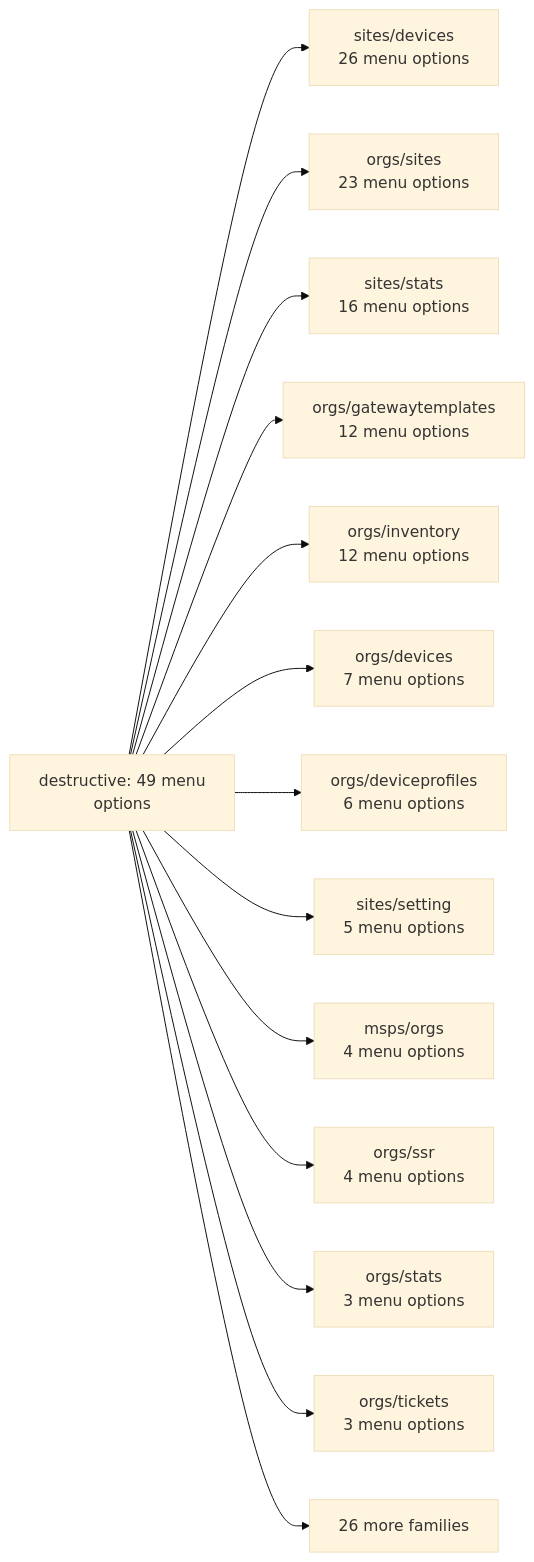
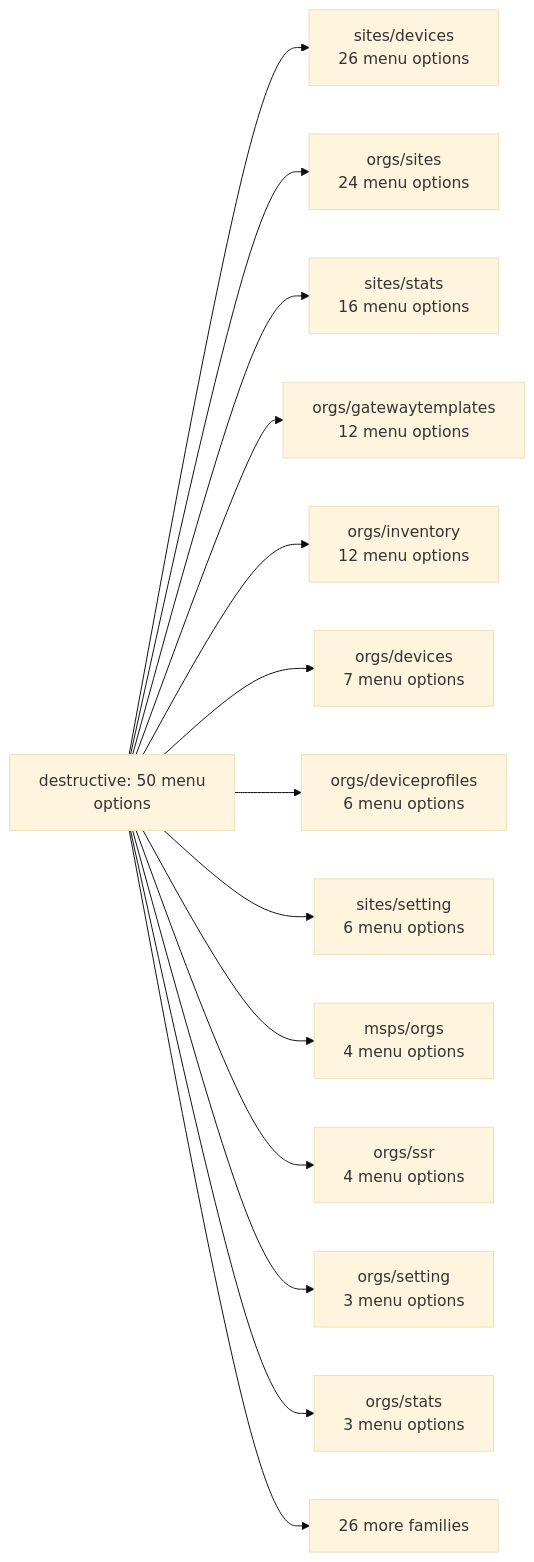
Before and after one commit to jmorrison-juniper/MistHelper: the first of 33 diagrams in documentation/menu-api/destructive.md, drawn with Mermaid (base theme). The commit also changed other lines of this file and 59 other files, not shown here.

````diff
--- a/documentation/menu-api/destructive.md
+++ b/documentation/menu-api/destructive.md
@@ -19,17 +19,17 @@
 ```mermaid
 flowchart LR
-    root["destructive: 49 menu<br/>options"]
+    root["destructive: 50 menu<br/>options"]
     root --> f_sites_devices["sites/devices<br/>26 menu options"]
-    root --> f_orgs_sites["orgs/sites<br/>23 menu options"]
+    root --> f_orgs_sites["orgs/sites<br/>24 menu options"]
     root --> f_sites_stats["sites/stats<br/>16 menu options"]
     root --> f_orgs_gatewaytemplates["orgs/gatewaytemplates<br/>12 menu options"]
     root --> f_orgs_inventory["orgs/inventory<br/>12 menu options"]
     root --> f_orgs_devices["orgs/devices<br/>7 menu options"]
     root --> f_orgs_deviceprofiles["orgs/deviceprofiles<br/>6 menu options"]
-    root --> f_sites_setting["sites/setting<br/>5 menu options"]
+    root --> f_sites_setting["sites/setting<br/>6 menu options"]
     root --> f_msps_orgs["msps/orgs<br/>4 menu options"]
     root --> f_orgs_ssr["orgs/ssr<br/>4 menu options"]
+    root --> f_orgs_setting["orgs/setting<br/>3 menu options"]
     root --> f_orgs_stats["orgs/stats<br/>3 menu options"]
-    root --> f_orgs_tickets["orgs/tickets<br/>3 menu options"]
     root --> more["26 more families"]
 ```
````
